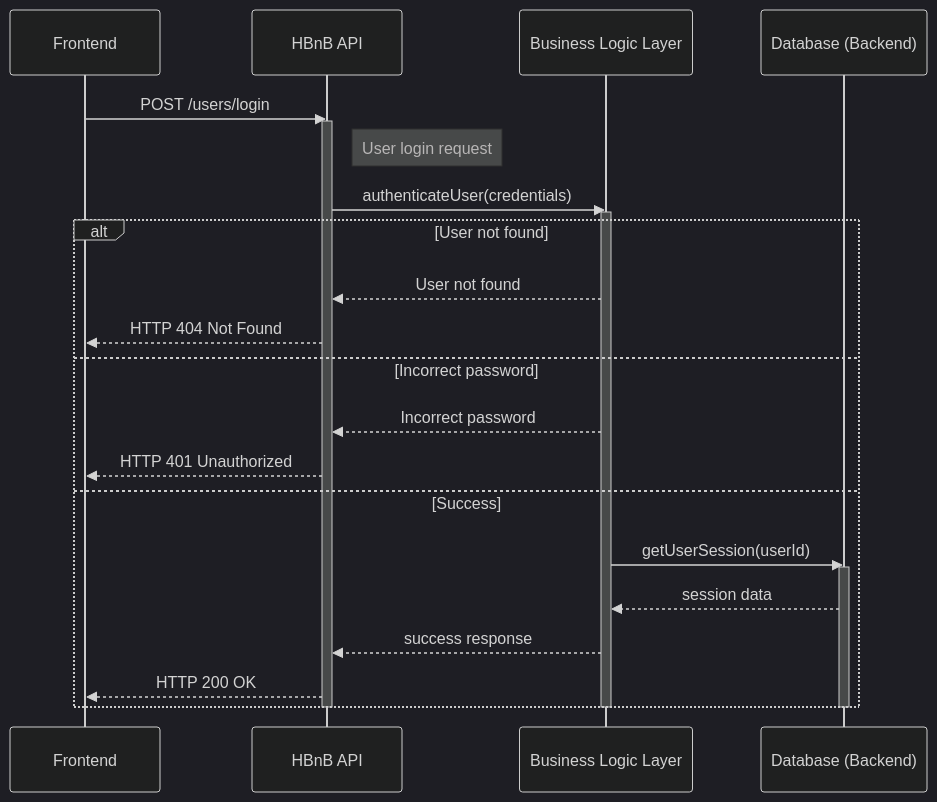
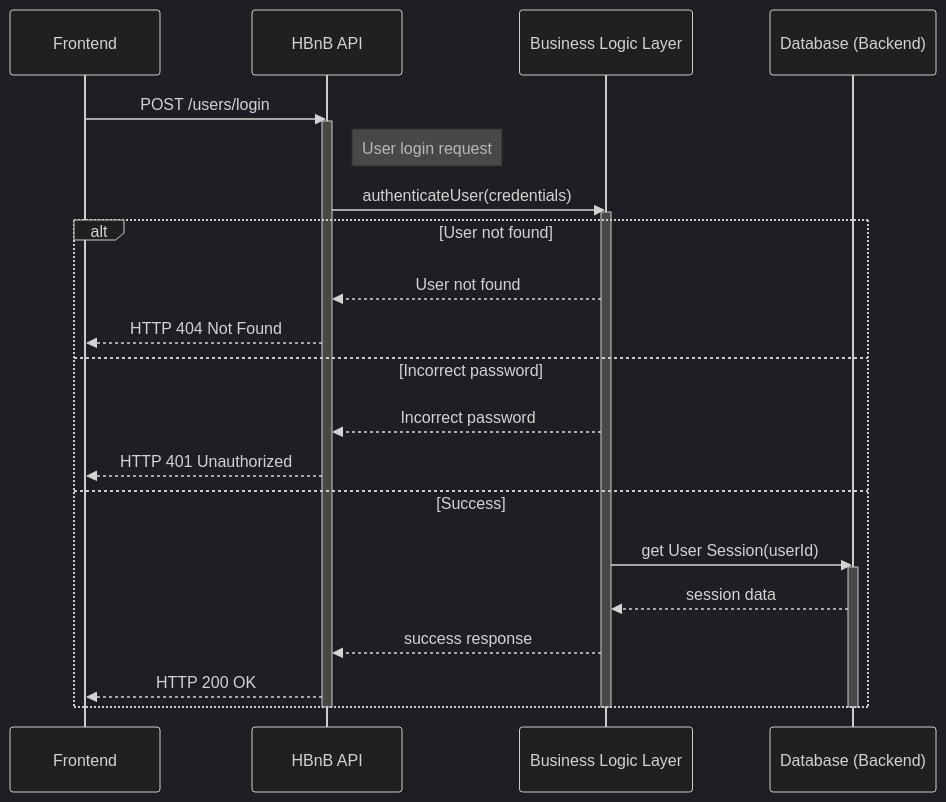
One commit to LEROY-Yanis/holbertonschool-hbnb changed the second of 4 diagrams in part1/task_3.md. Above: the diagram before and after it, drawn with Mermaid (dark theme). The commit also changed other lines of this file, not shown here.

Commit message:
Fix formatting of user session and profile retrieval

````diff
--- a/part1/task_3.md
+++ b/part1/task_3.md
@@ -53,32 +53,32 @@
 ```mermaid
 sequenceDiagram
     participant User as Frontend
     participant API as HBnB API
     participant Logic as Business Logic Layer
     participant Storage as Database (Backend)
 
     User->>API: POST /users/login
     activate API
     Note right of API: User login request
 
     API->>Logic: authenticateUser(credentials)
     activate Logic
 
     alt User not found
         Logic-->>API: User not found
         API-->>User: HTTP 404 Not Found
     else Incorrect password
         Logic-->>API: Incorrect password
         API-->>User: HTTP 401 Unauthorized
     else Success
-        Logic->>Storage: getUserSession(userId)
+        Logic->>Storage: get User Session(userId)
         activate Storage
         Storage-->>Logic: session data
         Logic-->>API: success response
         API-->>User: HTTP 200 OK
     end
 
     deactivate Storage
     deactivate Logic
     deactivate API
 ```
````
